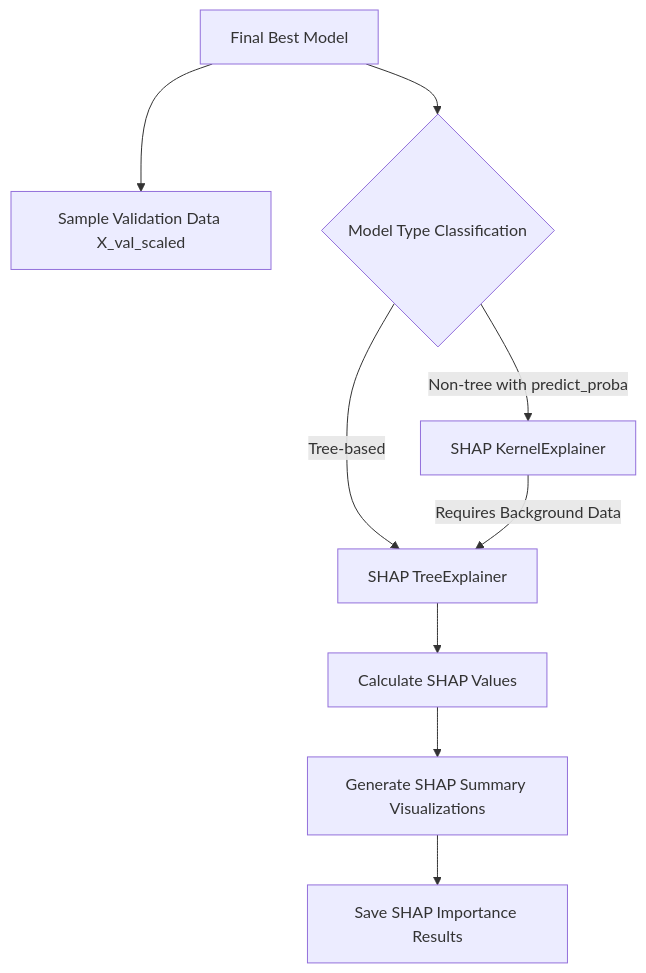
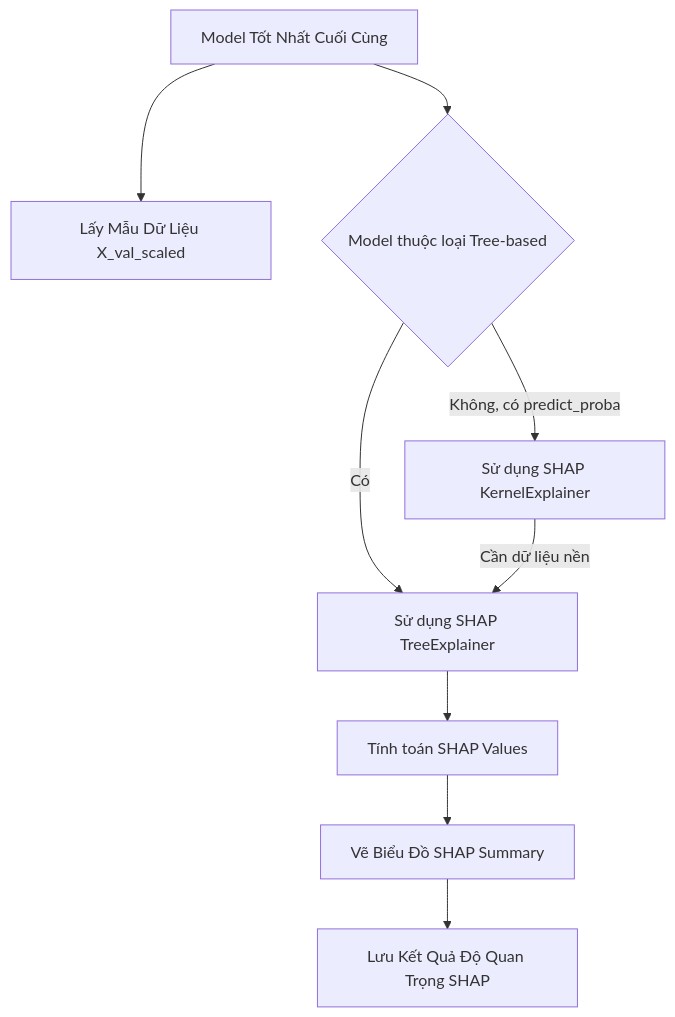
Before and after one commit to ShayNeeo/confess-crush: the seventh of 8 diagrams in question.md, drawn with Mermaid. The commit also changed other lines of this file, not shown here.

````diff
--- a/question.md
+++ b/question.md
@@ -214,11 +175,11 @@
-```mermaid
-graph TD
-    A[Final Best Model] --> B[Sample Validation Data X_val_scaled];
-    A --> C{Model Type Classification};
-    C -- Tree-based --> D[SHAP TreeExplainer];
-    C -- Non-tree with predict_proba --> E[SHAP KernelExplainer];
-    E -- Requires Background Data --> D;
-    D --> F[Calculate SHAP Values];
-    F --> G[Generate SHAP Summary Visualizations];
-    G --> H[Save SHAP Importance Results];
-```
+    ```mermaid
+    graph TD
+        A[Model Tốt Nhất Cuối Cùng] --> B[Lấy Mẫu Dữ Liệu X_val_scaled];
+        A --> C{Model thuộc loại Tree-based};
+        C -- Có --> D[Sử dụng SHAP TreeExplainer];
+        C -- Không, có predict_proba --> E[Sử dụng SHAP KernelExplainer];
+        E -- Cần dữ liệu nền --> D;
+        D --> F[Tính toán SHAP Values];
+        F --> G[Vẽ Biểu Đồ SHAP Summary];
+        G --> H[Lưu Kết Quả Độ Quan Trọng SHAP];
+    ```
````
